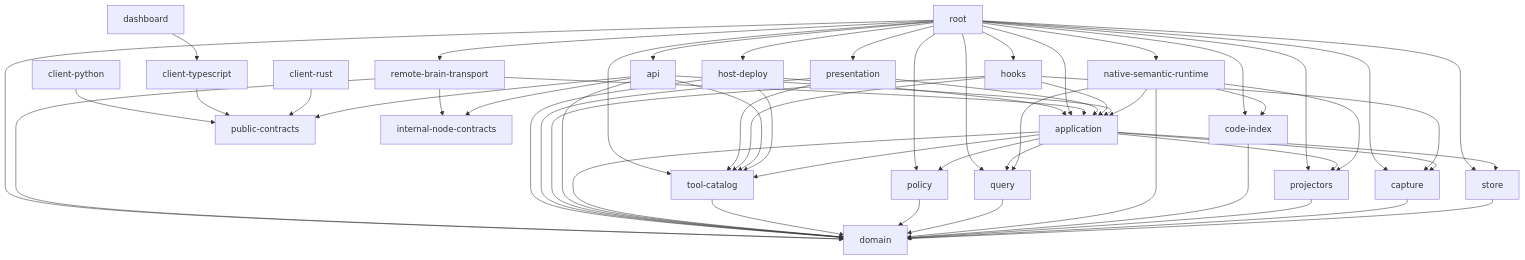
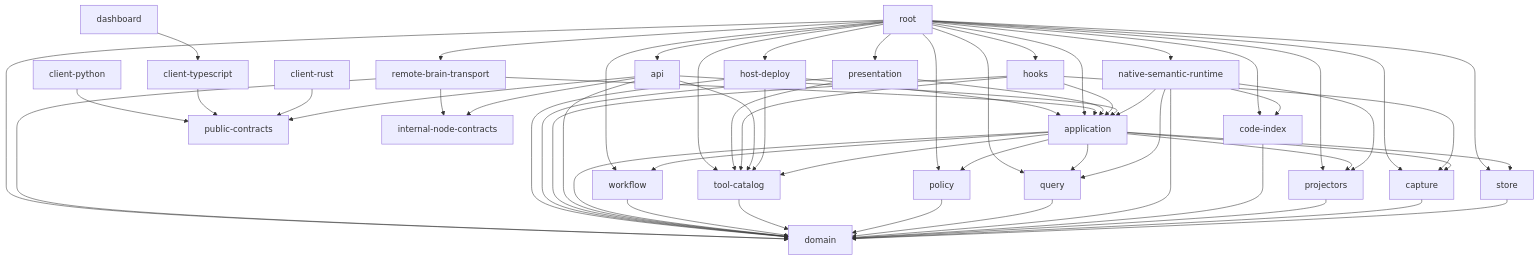
The diagram in docs/architecture/v2/generated/dependency-dag.md (ScriptedAlchemy/tracedecay), drawn with Mermaid before and after one commit. The commit also changed 23 other files, not shown here.

````diff
--- a/docs/architecture/v2/generated/dependency-dag.md
+++ b/docs/architecture/v2/generated/dependency-dag.md
@@ -4,59 +4,62 @@
 ```mermaid
 flowchart TD
   store["store"] --> domain["domain"]
   capture["capture"] --> domain["domain"]
   projectors["projectors"] --> domain["domain"]
   code_index["code-index"] --> domain["domain"]
   native_semantic_runtime["native-semantic-runtime"] --> domain["domain"]
   native_semantic_runtime["native-semantic-runtime"] --> code_index["code-index"]
   native_semantic_runtime["native-semantic-runtime"] --> projectors["projectors"]
   native_semantic_runtime["native-semantic-runtime"] --> query["query"]
   native_semantic_runtime["native-semantic-runtime"] --> application["application"]
   query["query"] --> domain["domain"]
   policy["policy"] --> domain["domain"]
   tool_catalog["tool-catalog"] --> domain["domain"]
+  workflow["workflow"] --> domain["domain"]
   application["application"] --> domain["domain"]
   application["application"] --> store["store"]
   application["application"] --> capture["capture"]
   application["application"] --> projectors["projectors"]
   application["application"] --> query["query"]
   application["application"] --> policy["policy"]
   application["application"] --> tool_catalog["tool-catalog"]
+  application["application"] --> workflow["workflow"]
   api["api"] --> application["application"]
   api["api"] --> public_contracts["public-contracts"]
   hooks["hooks"] --> application["application"]
   presentation["presentation"] --> application["application"]
   host_deploy["host-deploy"] --> tool_catalog["tool-catalog"]
   remote_brain_transport["remote-brain-transport"] --> application["application"]
   client_rust["client-rust"] --> public_contracts["public-contracts"]
   client_typescript["client-typescript"] --> public_contracts["public-contracts"]
   client_python["client-python"] --> public_contracts["public-contracts"]
   dashboard["dashboard"] --> client_typescript["client-typescript"]
   root["root"] --> application["application"]
   root["root"] --> api["api"]
   root["root"] --> hooks["hooks"]
   root["root"] --> presentation["presentation"]
   root["root"] --> host_deploy["host-deploy"]
   root["root"] --> remote_brain_transport["remote-brain-transport"]
   api["api"] --> domain["domain"]
   api["api"] --> tool_catalog["tool-catalog"]
   api["api"] --> internal_node_contracts["internal-node-contracts"]
   hooks["hooks"] --> domain["domain"]
   hooks["hooks"] --> capture["capture"]
   hooks["hooks"] --> tool_catalog["tool-catalog"]
   presentation["presentation"] --> domain["domain"]
   presentation["presentation"] --> tool_catalog["tool-catalog"]
   host_deploy["host-deploy"] --> domain["domain"]
   host_deploy["host-deploy"] --> application["application"]
   remote_brain_transport["remote-brain-transport"] --> domain["domain"]
   remote_brain_transport["remote-brain-transport"] --> internal_node_contracts["internal-node-contracts"]
   root["root"] --> domain["domain"]
   root["root"] --> store["store"]
   root["root"] --> capture["capture"]
   root["root"] --> projectors["projectors"]
   root["root"] --> code_index["code-index"]
   root["root"] --> native_semantic_runtime["native-semantic-runtime"]
   root["root"] --> query["query"]
   root["root"] --> policy["policy"]
   root["root"] --> tool_catalog["tool-catalog"]
+  root["root"] --> workflow["workflow"]
 ```
````
